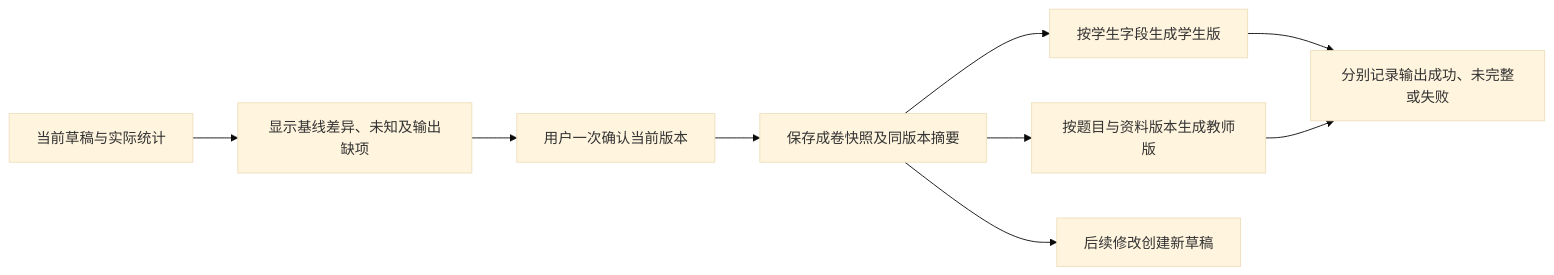
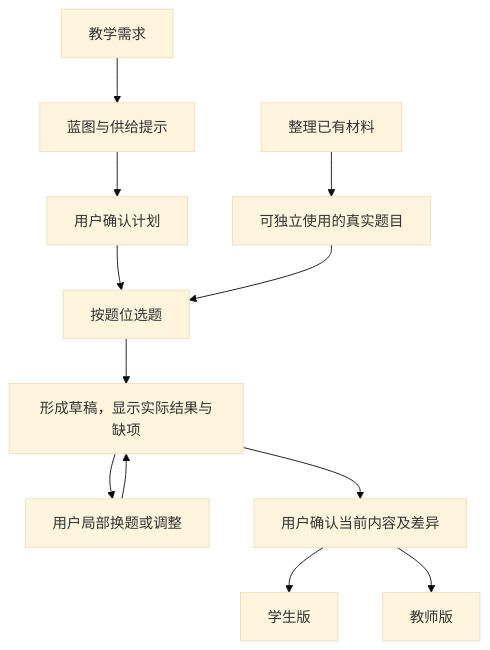
One commit to mrzys/tutor changed the diagram in docs/adr/0002-question-bank-blueprint.md. Above: the diagram before and after it, drawn with Mermaid (base theme). The commit also changed other lines of this file and 4 other files, not shown here.

````diff
--- a/docs/adr/0002-question-bank-blueprint.md
+++ b/docs/adr/0002-question-bank-blueprint.md
@@ -189,11 +47,14 @@
 ```mermaid
-flowchart LR
-    draft["当前草稿与实际统计"] --> summary["显示基线差异、未知及输出缺项"]
-    summary --> confirm["用户一次确认当前版本"]
-    confirm --> snapshot["保存成卷快照及同版本摘要"]
-    snapshot --> student["按学生字段生成学生版"]
-    snapshot --> teacher["按题目与资料版本生成教师版"]
-    student --> result["分别记录输出成功、未完整或失败"]
-    teacher --> result
-    snapshot --> newDraft["后续修改创建新草稿"]
+flowchart TD
+    material["整理已有材料"] --> bank["可独立使用的真实题目"]
+    needs["教学需求"] --> blueprint["蓝图与供给提示"]
+    blueprint --> confirmPlan["用户确认计划"]
+    confirmPlan --> select["按题位选题"]
+    bank --> select
+    select --> draft["形成草稿，显示实际结果与缺项"]
+    draft --> adjust["用户局部换题或调整"]
+    adjust --> draft
+    draft --> confirmPaper["用户确认当前内容及差异"]
+    confirmPaper --> student["学生版"]
+    confirmPaper --> teacher["教师版"]
 ```
````
